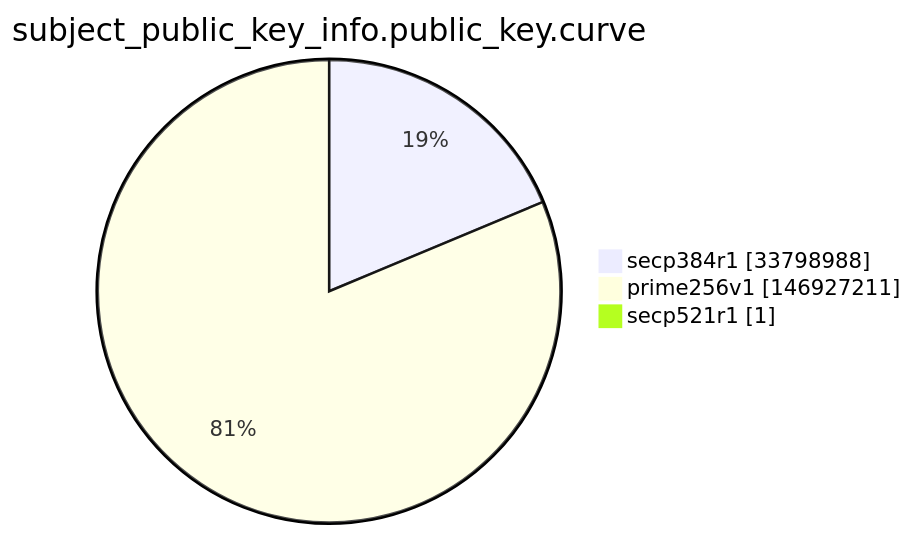
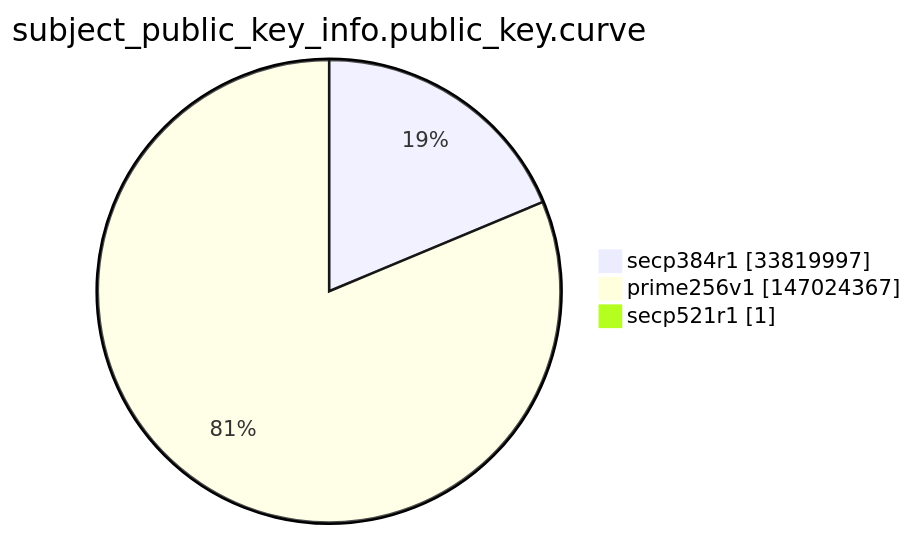
One commit to christiankrug/ctmonitor_visualization changed the ninth of 15 diagrams in argon2022/README.md. Above: the diagram before and after it, drawn with Mermaid. The commit also changed other lines of this file, not shown here.

````diff
--- a/argon2022/README.md
+++ b/argon2022/README.md
@@ -2764,7 +2764,7 @@
 ```mermaid
 pie showData
 title subject_public_key_info.public_key.curve
-"secp384r1" :33798988
-"prime256v1" :146927211
+"secp384r1" :33819997
+"prime256v1" :147024367
 "secp521r1" :1
 ```
````
